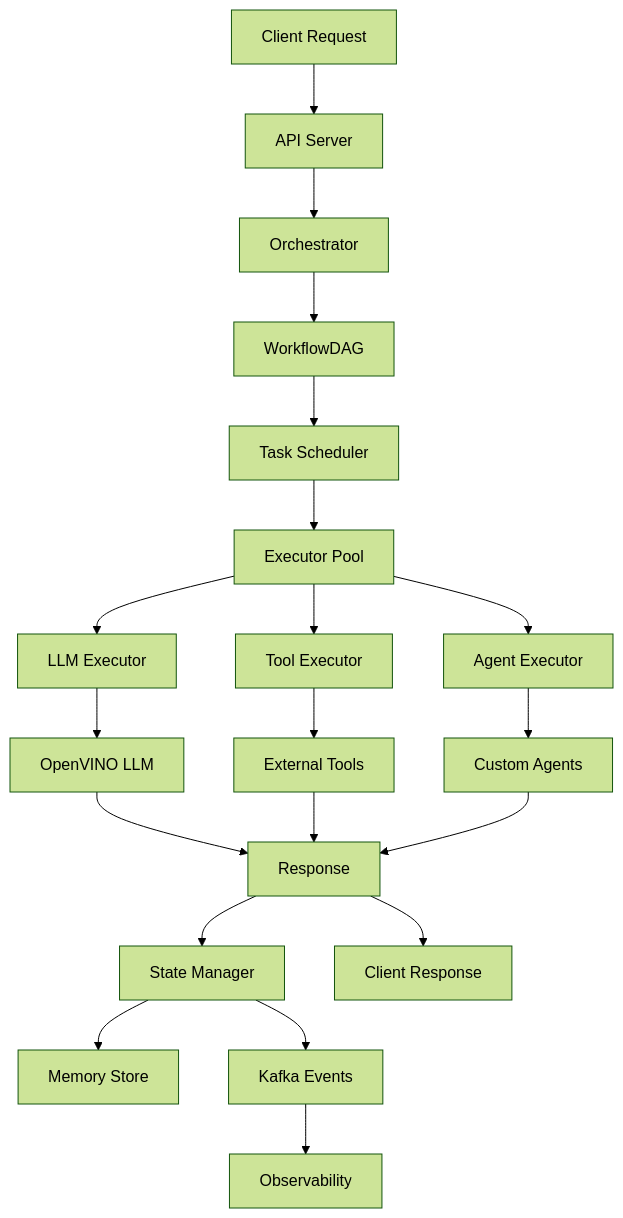
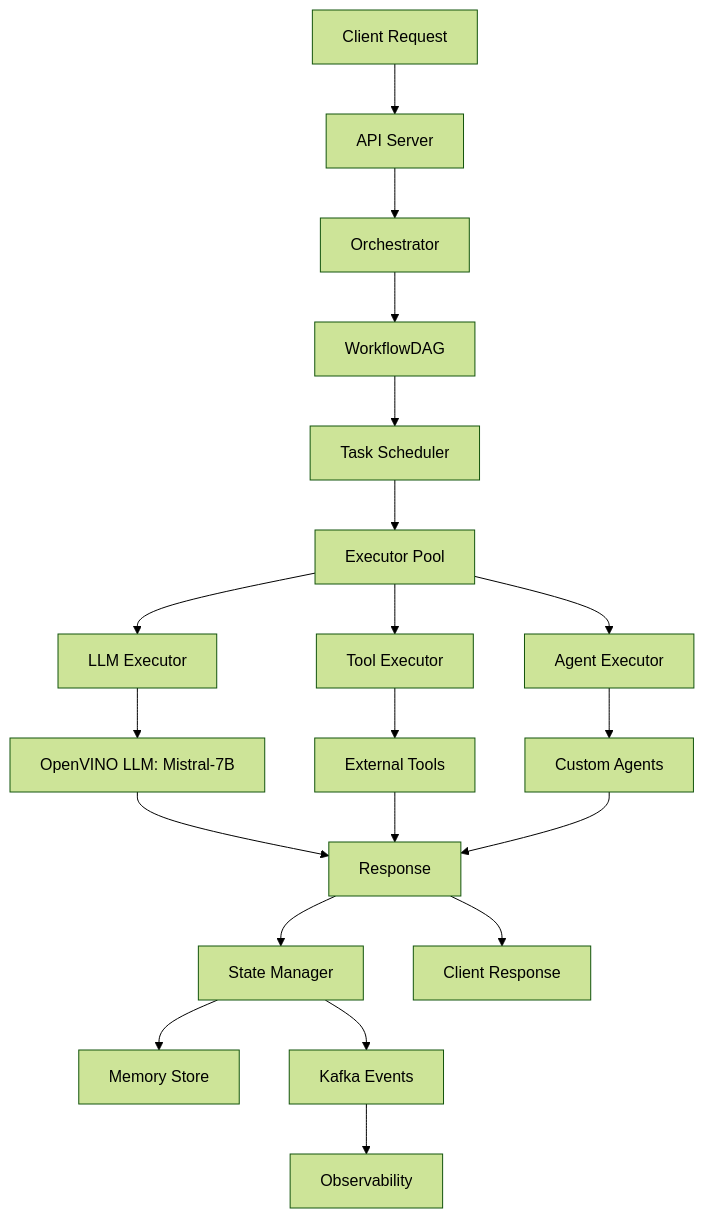
Before and after one commit to Rishikoli/Nexus_ray: the first of 15 diagrams in docs/dag_flows.md, drawn with Mermaid (forest theme). The commit also changed 6 other files, not shown here.

Commit message:
docs: center readme assets, simplify architecture diagram, and cleanup project files

````diff
--- a/docs/dag_flows.md
+++ b/docs/dag_flows.md
@@ -19,22 +19,22 @@
 ```mermaid
 graph TD
     A[Client Request] --> B[API Server]
     B --> C[Orchestrator]
     C --> D[WorkflowDAG]
     D --> E[Task Scheduler]
     E --> F[Executor Pool]
     F --> G[LLM Executor]
     F --> H[Tool Executor]
     F --> I[Agent Executor]
-    G --> J[OpenVINO LLM]
+    G --> J[OpenVINO LLM: Mistral-7B]
     H --> K[External Tools]
     I --> L[Custom Agents]
     J --> M[Response]
     K --> M
     L --> M
     M --> N[State Manager]
     N --> O[Memory Store]
     N --> P[Kafka Events]
     P --> Q[Observability]
     M --> R[Client Response]
 ```
````
